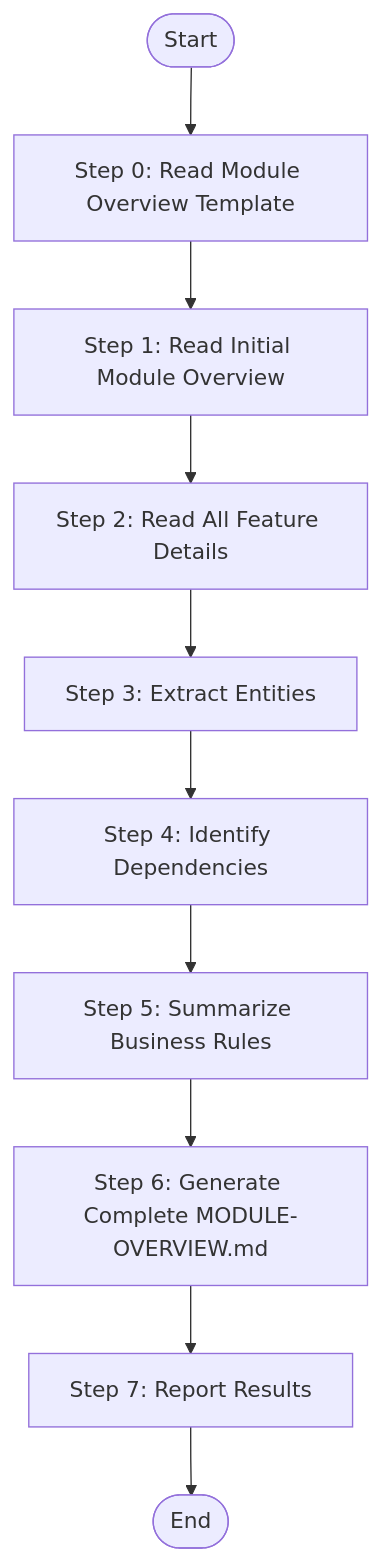
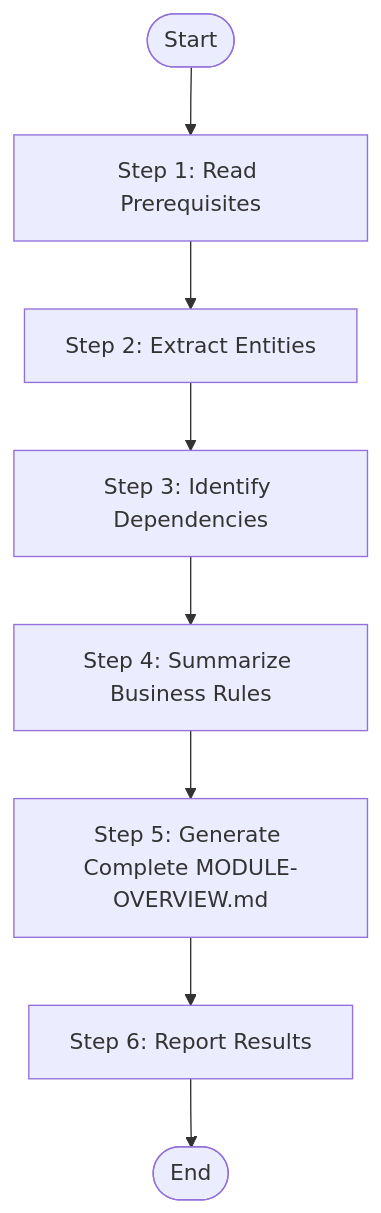
Before and after one commit to charlesmu99/speccrew: the diagram in .speccrew/skills/speccrew-knowledge-module-summarize/SKILL.md, drawn with Mermaid. The commit also changed other lines of this file and 13 other files, not shown here.

````diff
--- a/.speccrew/skills/speccrew-knowledge-module-summarize/SKILL.md
+++ b/.speccrew/skills/speccrew-knowledge-module-summarize/SKILL.md
@@ -61,12 +41,10 @@
 ```mermaid
 flowchart TD
-    Start([Start]) --> Step0[Step 0: Read Module Overview Template]
-    Step0 --> Step1[Step 1: Read Initial Module Overview]
-    Step1 --> Step2[Step 2: Read All Feature Details]
-    Step2 --> Step3[Step 3: Extract Entities]
-    Step3 --> Step4[Step 4: Identify Dependencies]
-    Step4 --> Step5[Step 5: Summarize Business Rules]
-    Step5 --> Step6[Step 6: Generate Complete MODULE-OVERVIEW.md]
-    Step6 --> Step7[Step 7: Report Results]
-    Step7 --> End([End])
+    Start([Start]) --> Step1[Step 1: Read Prerequisites]
+    Step1 --> Step2[Step 2: Extract Entities]
+    Step2 --> Step3[Step 3: Identify Dependencies]
+    Step3 --> Step4[Step 4: Summarize Business Rules]
+    Step4 --> Step5[Step 5: Generate Complete MODULE-OVERVIEW.md]
+    Step5 --> Step6[Step 6: Report Results]
+    Step6 --> End([End])
 ```
````
